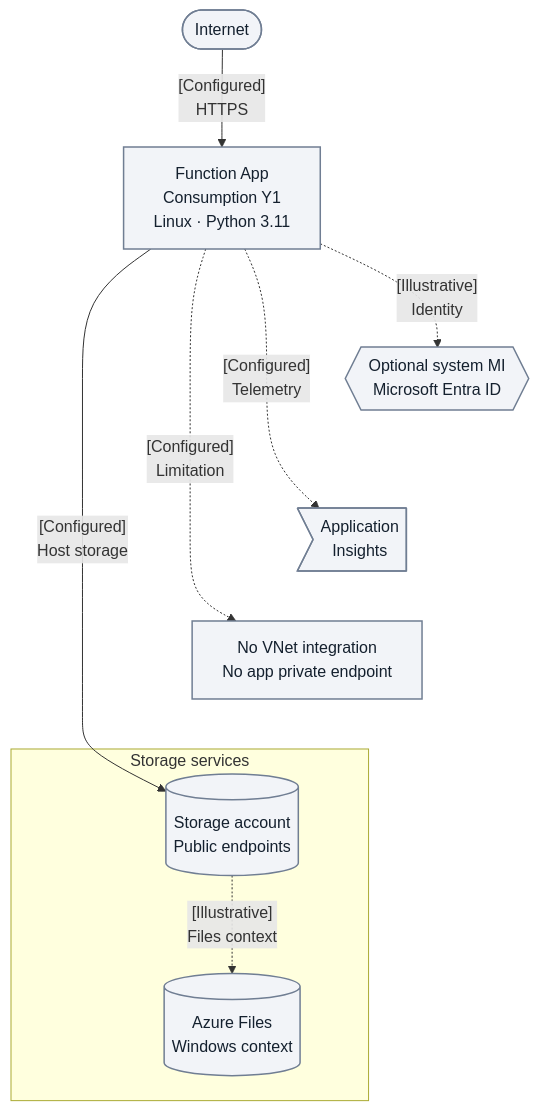
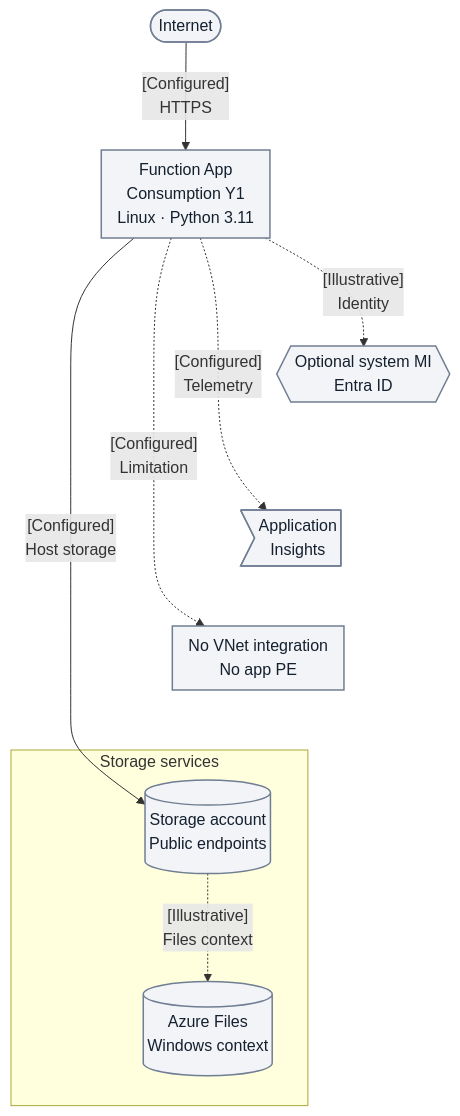
The first of 2 diagrams in docs/language-guides/python/tutorial/consumption/06-ci-cd.md (yeongseon/azure-functions-practical-guide), drawn with Mermaid before and after one commit.

Commit message:
docs(diagrams): fit Python Consumption context labels
Reduce diagram-local spacing and wrap the identity and network-limit labels
to reach the measured mobile target without removing context.

Refs #363

````diff
--- a/docs/language-guides/python/tutorial/consumption/06-ci-cd.md
+++ b/docs/language-guides/python/tutorial/consumption/06-ci-cd.md
@@ -68,26 +68,27 @@
 ```mermaid
+%%{init: {'flowchart': {'nodeSpacing': 10, 'rankSpacing': 60, 'padding': 8}}}%%
 flowchart TD
     accTitle: Python 3.11 Linux Consumption Y1 storage context
     accDescr: Public HTTPS and host-storage access for the Linux Y1 example. System identity is optional context, telemetry is separate, and Azure Files is retained as Windows Consumption context rather than a Linux content dependency. No Azure execution is asserted.
     client(["Internet"])
     app_runtime["Function App<br/>Consumption Y1<br/>Linux · Python 3.11"]
-    identity{{"Optional system MI<br/>Microsoft Entra ID"}}
+    identity{{"Optional system MI<br/>Entra ID"}}
     telemetry>"Application<br/>Insights"]
-    NO_VNET["No VNet integration<br/>No app private endpoint"]
+    NO_VNET["No VNet integration<br/>No app PE"]
     subgraph STORAGE["Storage services"]
         storage_db[("Storage account<br/>Public endpoints")]
         FS[("Azure Files<br/>Windows context")]
     end
     client -->|"[Configured]<br/>HTTPS"| app_runtime
     app_runtime -->|"[Configured]<br/>Host storage"| storage_db
     app_runtime -.->|"[Illustrative]<br/>Identity"| identity
     app_runtime -.->|"[Configured]<br/>Telemetry"| telemetry
     app_runtime -.->|"[Configured]<br/>Limitation"| NO_VNET
     storage_db -.->|"[Illustrative]<br/>Files context"| FS
     %% Layout-only tiers; add no requests, diagnostic steps or visible arrows.
     identity ~~~ telemetry
     telemetry ~~~ NO_VNET
     NO_VNET ~~~ storage_db
     classDef baseNeutral fill:#f2f4f8,stroke:#707e93,stroke-width:1.5px,color:#14202e;
     class client,app_runtime,storage_db,FS,identity,telemetry,NO_VNET baseNeutral;
 ```
````
